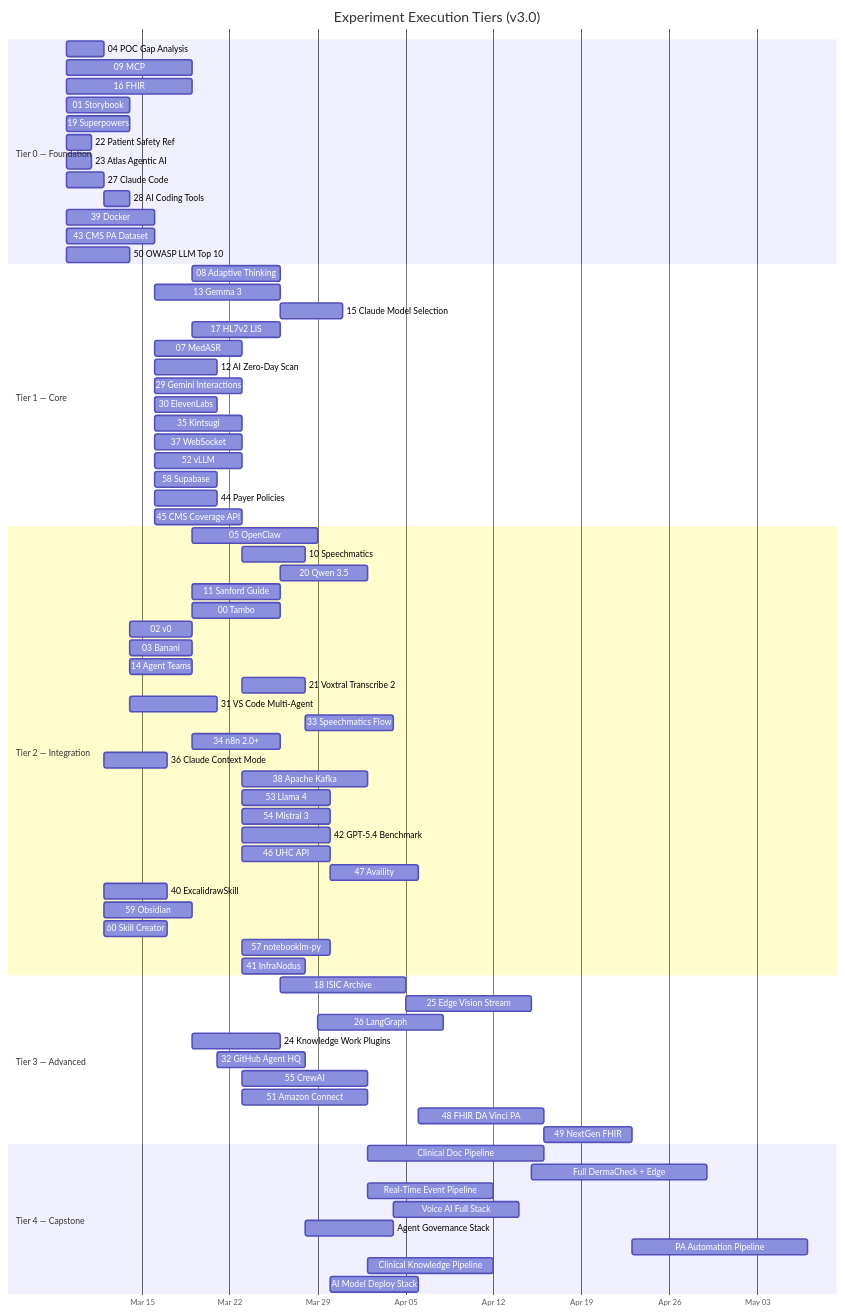
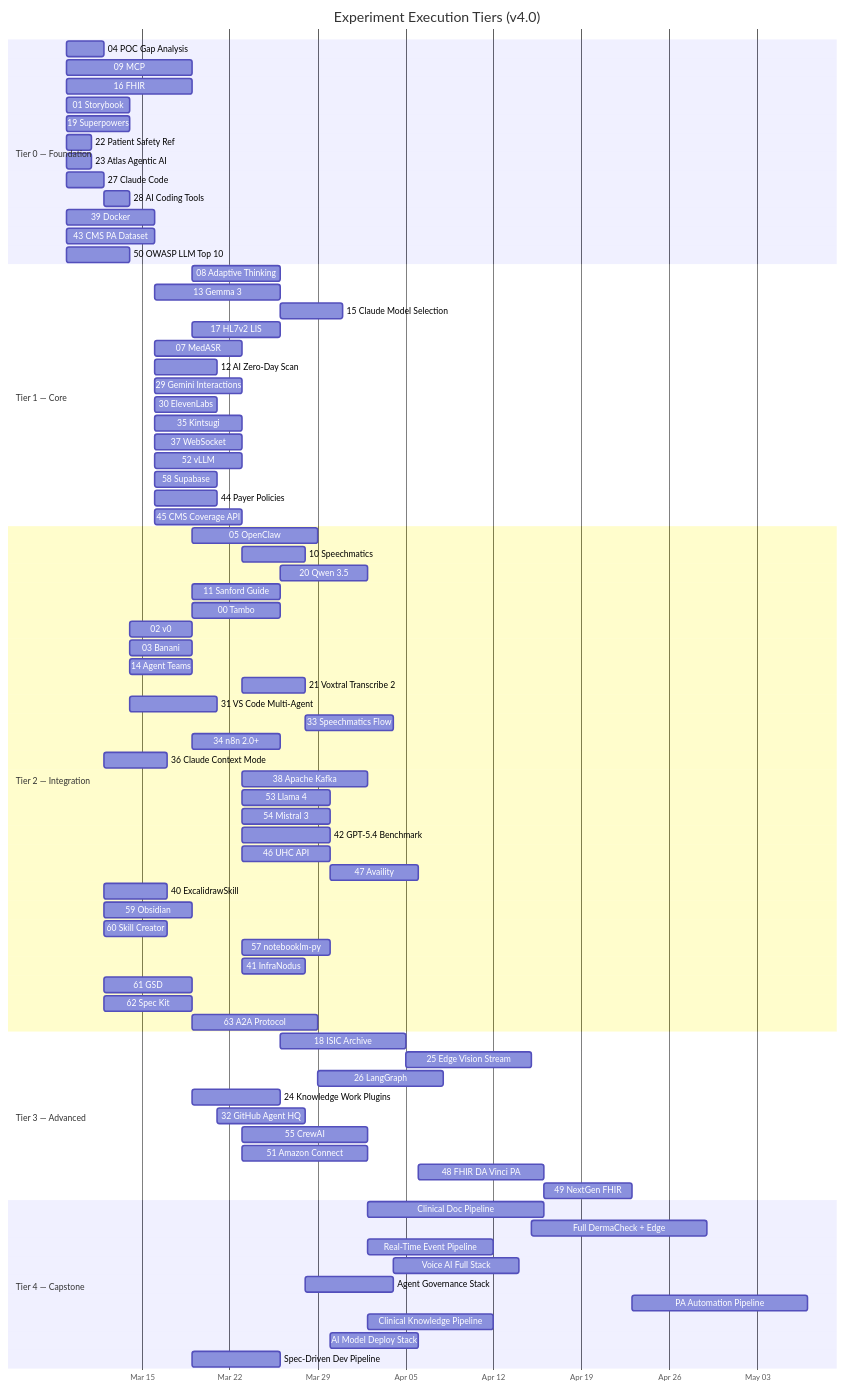
The second of 4 diagrams in docs/experiments/00-Experiment-Interconnection-Roadmap.md (ammar-utexas/demo), drawn with Mermaid before and after one commit. The commit also changed other lines of this file and 4 other files, not shown here.

First line of the commit message:
Add Experiments 62-63 (Spec Kit, A2A Protocol) and update roadmap to v4.0

````diff
--- a/docs/experiments/00-Experiment-Interconnection-Roadmap.md
+++ b/docs/experiments/00-Experiment-Interconnection-Roadmap.md
@@ -481,6 +504,6 @@
 ```mermaid
 gantt
-    title Experiment Execution Tiers (v3.0)
+    title Experiment Execution Tiers (v4.0)
     dateFormat YYYY-MM-DD
     axisFormat %b %d
 
@@ -539,6 +562,9 @@
     60 Skill Creator           :t60, after t27, 5d
     57 notebooklm-py           :t57, 2026-03-23, 7d
     41 InfraNodus              :t41, 2026-03-23, 5d
+    61 GSD                     :t61, after t27, 7d
+    62 Spec Kit                :t62, after t27, 7d
+    63 A2A Protocol             :t63, after t09, 10d
 
     section Tier 3 — Advanced
     18 ISIC Archive            :t18, after t13, 10d
@@ -560,4 +586,5 @@
     PA Automation Pipeline     :t_pap, after t49, 14d
     Clinical Knowledge Pipeline:t_ckp, after t55, 10d
     AI Model Deploy Stack      :t_ams, after t42, 7d
+    Spec-Driven Dev Pipeline   :t_sdp, after t62, 7d
 ```
````
